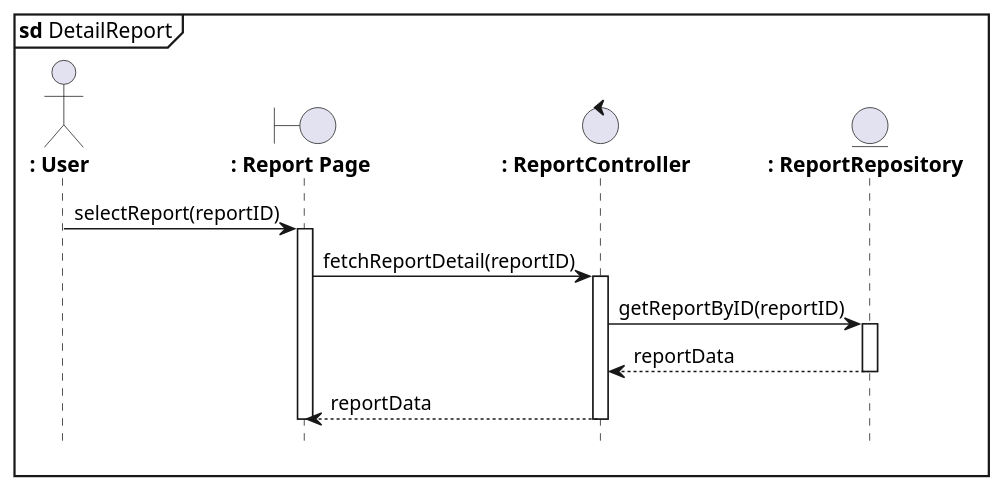
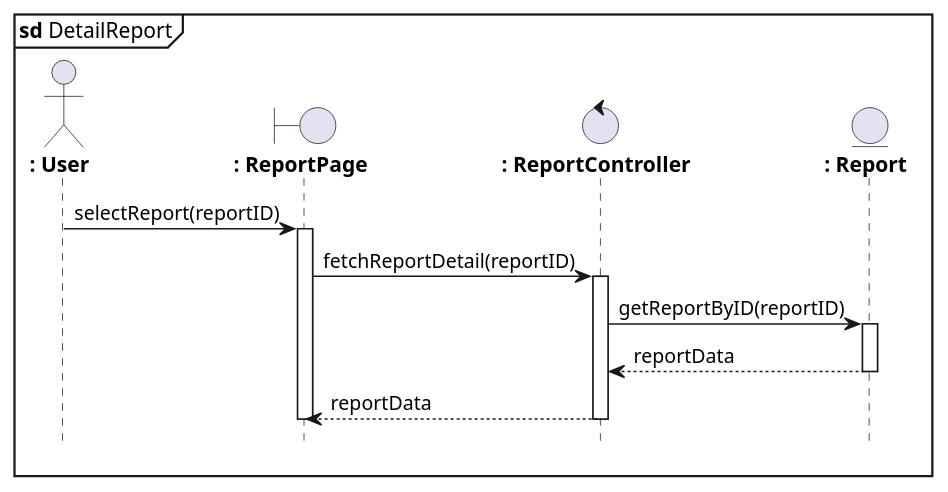
Before and after one commit to azrappp/learning_uml2.0_pmul: the diagram in detail_report.puml, drawn with PlantUML. The commit also changed 24 other files, not shown here.

```diff
--- a/detail_report.puml
+++ b/detail_report.puml
@@ -1,28 +1,28 @@
 @startuml
 mainframe **sd** DetailReport
 hide footbox
 
 actor "**: User**" as User
-boundary "**: Report Page**" as ReportListPage
+boundary "**: ReportPage**" as ReportListPage
 control "**: ReportController**" as ReportController
-entity "**: ReportRepository**" as ReportRepository
+entity "**: Report**" as ReportRepository
 
 User -> ReportListPage : selectReport(reportID)
 activate ReportListPage
 
 ReportListPage -> ReportController : fetchReportDetail(reportID)
 activate ReportController
 
 ReportController -> ReportRepository : getReportByID(reportID)
 activate ReportRepository
 
 ' Koreksi Mistake 3.21 & 3.11: Menggunakan pesan balasan (-->) dengan nilai
 ReportRepository --> ReportController : reportData
 deactivate ReportRepository
 
 ReportController --> ReportListPage : reportData
 deactivate ReportController
 
 
 deactivate ReportListPage
 @enduml
```
